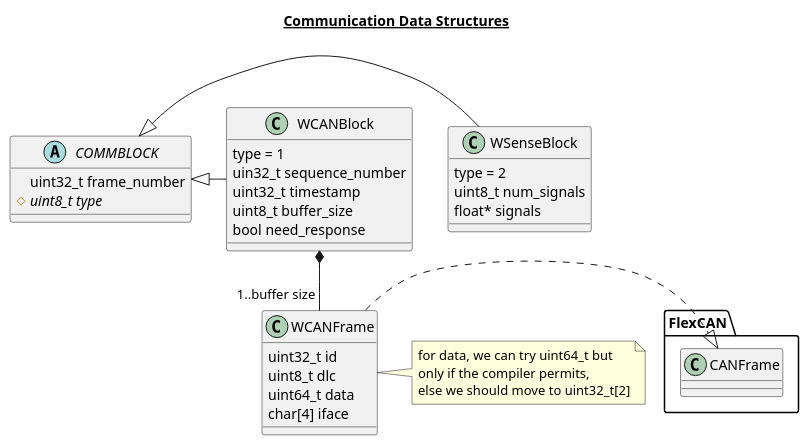
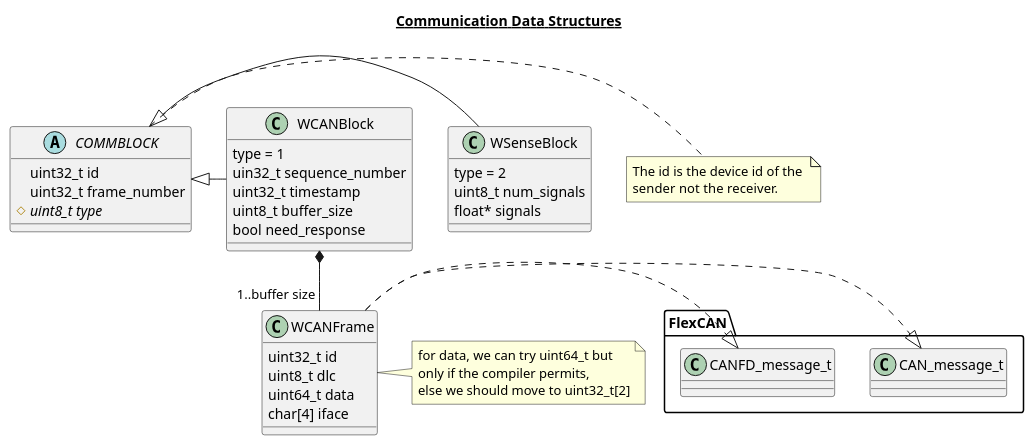
The second of 7 diagrams in Doc/Documentation.md (SystemsCyber/Software-Defined-Truck), drawn with PlantUML before and after one commit. The commit also changed other lines of this file and 5 other files, not shown here.

````diff
--- a/Doc/Documentation.md
+++ b/Doc/Documentation.md
@@ -35,36 +40,38 @@
 ```plantuml
 @startuml
     title <u>Communication Data Structures</u>
 
     abstract class COMMBLOCK{
+        uint32_t id
         uint32_t frame_number
         {abstract} # uint8_t type
     }
-
+    note right of COMMBLOCK: The id is the device id of the \nsender not the receiver.
     class WSenseBlock{
         type = 2
         uint8_t num_signals
         float* signals
     }
     COMMBLOCK <|- WSenseBlock
 
     class WCANFrame{
         uint32_t id
         uint8_t dlc
         uint64_t data
         char[4] iface
     }
-    WCANFrame .|> FlexCAN.CANFrame
+    WCANFrame .|> FlexCAN.CAN_message_t
+    WCANFrame .|> FlexCAN.CANFD_message_t
     note right of WCANFrame: for data, we can try uint64_t but \nonly if the compiler permits, \nelse we should move to uint32_t[2]
     class WCANBlock{
         type = 1
         uin32_t sequence_number
         uint32_t timestamp 
         uint8_t buffer_size
         bool need_response
     }
 
     COMMBLOCK <|- WCANBlock
     WCANBlock *--"1..buffer size"WCANFrame 
 @enduml
 ```
````
